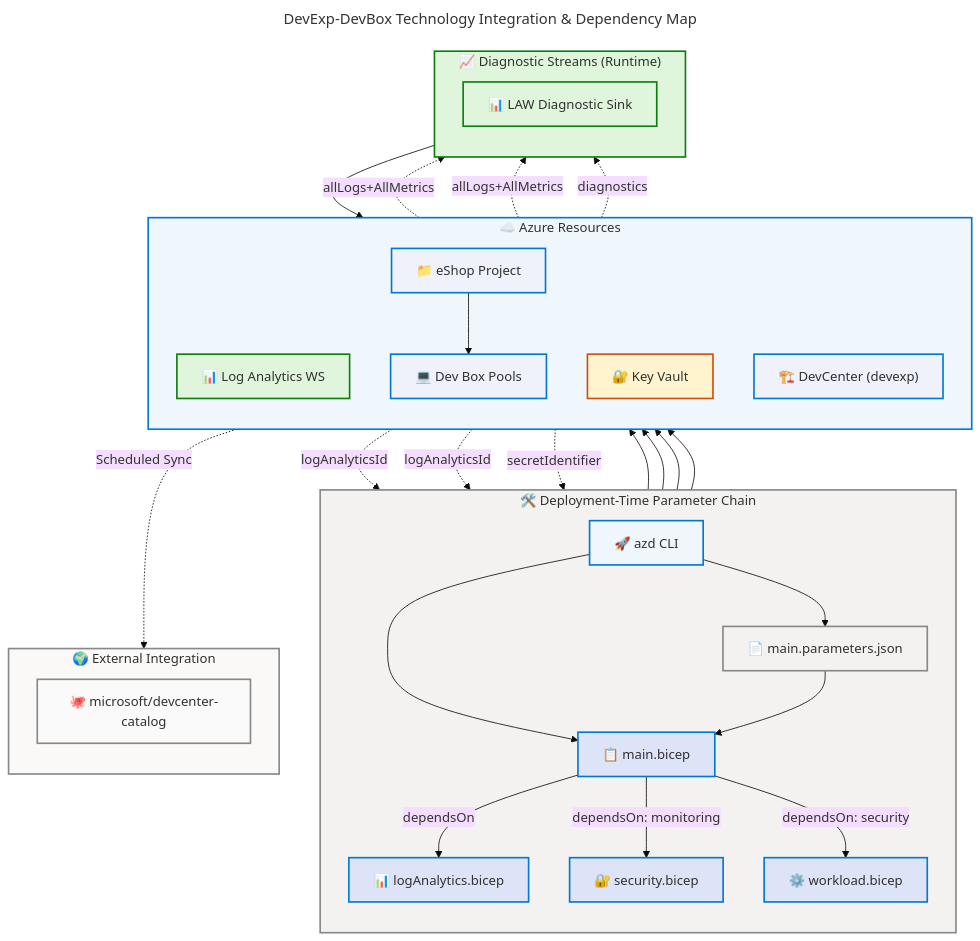
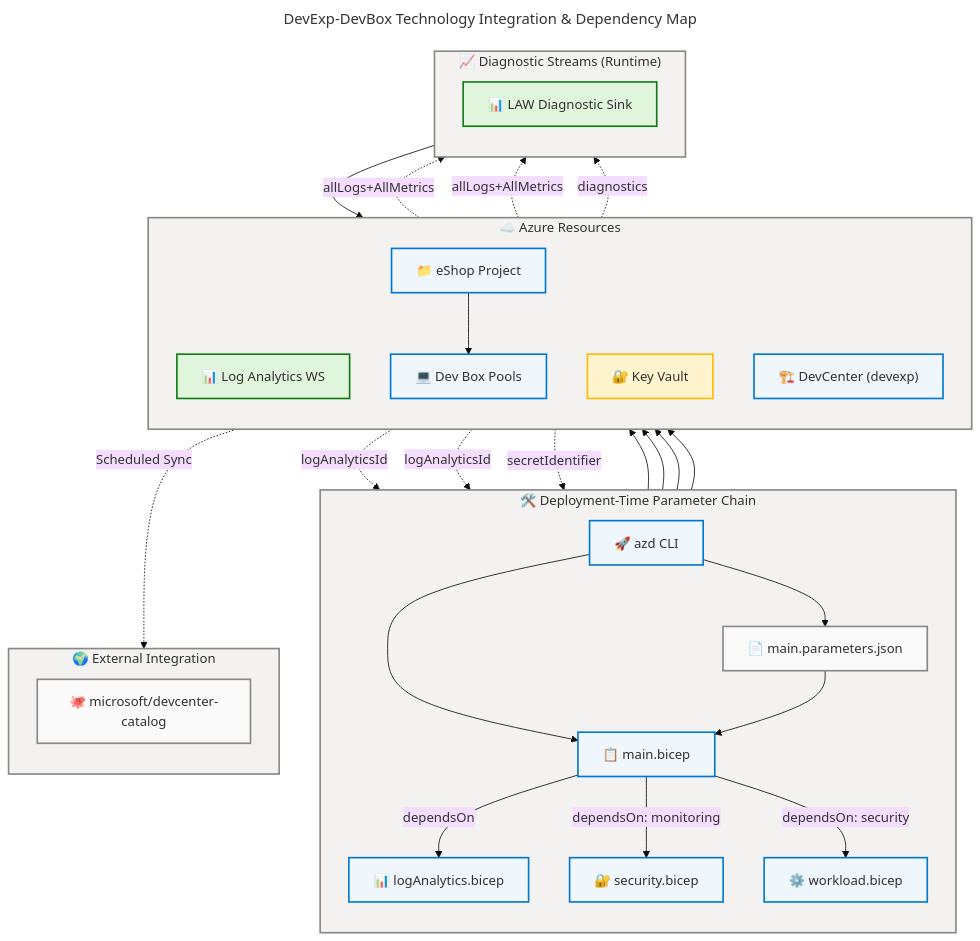
The fourth of 8 diagrams in docs/architecture/tech-arch.md (Evilazaro/DevExp-DevBox), drawn with Mermaid before and after one commit. The commit also changed other lines of this file, not shown here.

Commit message:
Refactor technology architecture diagrams for improved semantic clarity, accessibility compliance, and consistent styling

````diff
--- a/docs/architecture/tech-arch.md
+++ b/docs/architecture/tech-arch.md
@@ -1055,36 +1055,42 @@
 
     %% ═══════════════════════════════════════════════════════════════
     %% AZURE / FLUENT ARCHITECTURE PATTERN v2.0
-    %% PHASE 1-5: Fluent UI palette, subgraph styles, icons, accessibility, classDef
+    %% (Semantic + Structural + Font + Accessibility Governance)
+    %% ═══════════════════════════════════════════════════════════════
+    %% PHASE 1 - FLUENT UI: All styling uses approved Fluent UI palette only
+    %% PHASE 2 - GROUPS: Every subgraph has semantic color via style directive
+    %% PHASE 3 - COMPONENTS: Every node has semantic classDef + icon prefix
+    %% PHASE 4 - ACCESSIBILITY: accTitle/accDescr present, WCAG AA contrast
+    %% PHASE 5 - STANDARD: Governance block present, classDefs centralized
     %% ═══════════════════════════════════════════════════════════════
 
     subgraph DEPLOY["🛠️ Deployment-Time Parameter Chain"]
         direction TB
-        AZD["🚀 azd CLI"]:::tooling
-        PARAMS["📄 main.parameters.json"]:::config
-        MAIN_B["📋 main.bicep"]:::iac
-        MON_B["📊 logAnalytics.bicep"]:::iac
-        SEC_B["🔐 security.bicep"]:::iac
-        WL_B["⚙️ workload.bicep"]:::iac
+        AZD["🚀 azd CLI"]:::core
+        PARAMS["📄 main.parameters.json"]:::neutral
+        MAIN_B["📋 main.bicep"]:::core
+        MON_B["📊 logAnalytics.bicep"]:::core
+        SEC_B["🔐 security.bicep"]:::core
+        WL_B["⚙️ workload.bicep"]:::core
     end
 
     subgraph RESOURCES["☁️ Azure Resources"]
         direction TB
-        LAW_I["📊 Log Analytics WS"]:::monitoring
-        KV_I["🔐 Key Vault"]:::security
-        DC_I["🏗️ DevCenter (devexp)"]:::platform
-        PROJ_I["📁 eShop Project"]:::platform
-        POOLS_I["💻 Dev Box Pools"]:::platform
+        LAW_I["📊 Log Analytics WS"]:::success
+        KV_I["🔐 Key Vault"]:::warning
+        DC_I["🏗️ DevCenter (devexp)"]:::core
+        PROJ_I["📁 eShop Project"]:::core
+        POOLS_I["💻 Dev Box Pools"]:::core
     end
 
     subgraph EXT_INT["🌍 External Integration"]
         direction TB
-        GH_REPO["🐙 microsoft/devcenter-catalog"]:::external
+        GH_REPO["🐙 microsoft/devcenter-catalog"]:::neutral
     end
 
     subgraph DIAG["📈 Diagnostic Streams (Runtime)"]
         direction TB
-        DIAG_SINK["📊 LAW Diagnostic Sink"]:::monitoring
+        DIAG_SINK["📊 LAW Diagnostic Sink"]:::success
     end
 
     AZD --> PARAMS
@@ -1108,15 +1114,12 @@
     DIAG_SINK --> LAW_I
 
     style DEPLOY fill:#F3F2F1,stroke:#8A8886,stroke-width:2px,color:#323130
-    style RESOURCES fill:#EFF6FC,stroke:#0078D4,stroke-width:2px,color:#323130
-    style EXT_INT fill:#FAF9F8,stroke:#8A8886,stroke-width:2px,color:#323130
-    style DIAG fill:#DFF6DD,stroke:#107C10,stroke-width:2px,color:#323130
+    style RESOURCES fill:#F3F2F1,stroke:#8A8886,stroke-width:2px,color:#323130
+    style EXT_INT fill:#F3F2F1,stroke:#8A8886,stroke-width:2px,color:#323130
+    style DIAG fill:#F3F2F1,stroke:#8A8886,stroke-width:2px,color:#323130
 
-    classDef tooling fill:#EFF6FC,stroke:#0078D4,stroke-width:2px,color:#323130
-    classDef config fill:#F3F2F1,stroke:#8A8886,stroke-width:2px,color:#323130
-    classDef iac fill:#DEE4F7,stroke:#0078D4,stroke-width:2px,color:#323130
-    classDef monitoring fill:#DFF6DD,stroke:#107C10,stroke-width:2px,color:#323130
-    classDef security fill:#FFF4CE,stroke:#CA5010,stroke-width:2px,color:#323130
-    classDef platform fill:#EFF2FA,stroke:#0078D4,stroke-width:2px,color:#323130
-    classDef external fill:#FAFAFA,stroke:#8A8886,stroke-width:2px,color:#323130
+    classDef neutral  fill:#FAFAFA,stroke:#8A8886,stroke-width:2px,color:#323130
+    classDef core     fill:#EFF6FC,stroke:#0078D4,stroke-width:2px,color:#323130
+    classDef success  fill:#DFF6DD,stroke:#107C10,stroke-width:2px,color:#323130
+    classDef warning  fill:#FFF4CE,stroke:#FFB900,stroke-width:2px,color:#323130
 ```
````
